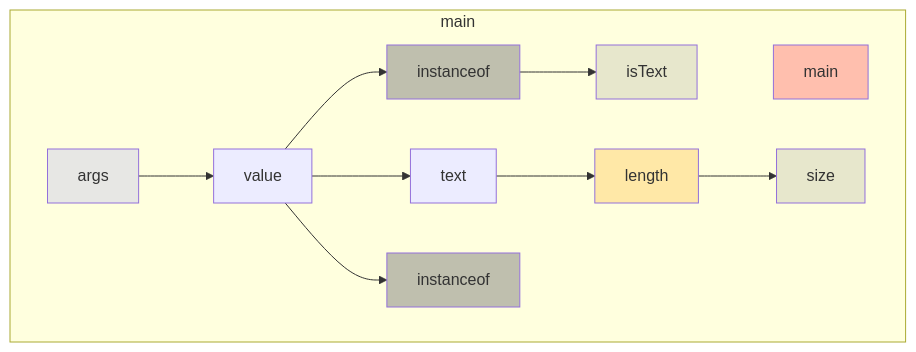
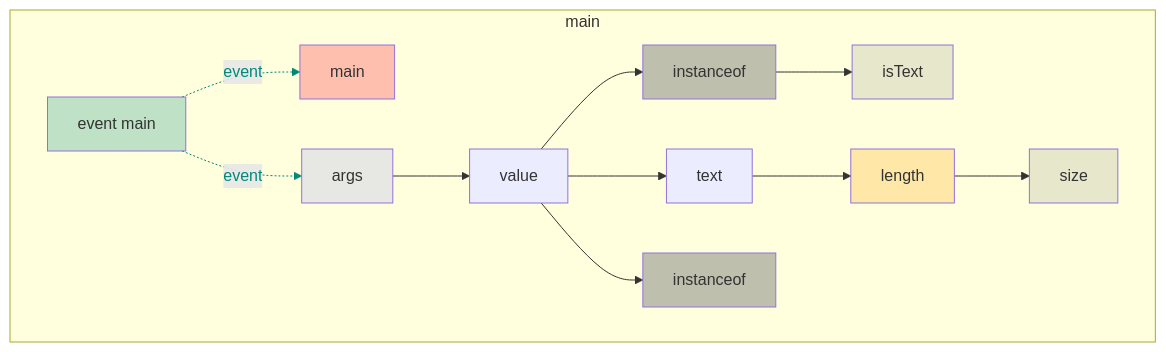
One commit to gstiebler/codeflow changed the diagram in app/src/test/resources/instanceOf/snapshot.md. Above: the diagram before and after it, drawn with Mermaid. The commit also changed 77 other files, not shown here.

````diff
--- a/app/src/test/resources/instanceOf/snapshot.md
+++ b/app/src/test/resources/instanceOf/snapshot.md
@@ -1,28 +1,34 @@
 ```mermaid
 flowchart TD
   subgraph b0["main"]
-    n1[main]:::RETURN
-    n2[args]:::FUNC_PARAM
-    n3[value]:::OBJ_VARIABLE
-    n4[instanceof]:::BIN_OP
-    n5[isText]:::VARIABLE
-    n6[text]:::OBJ_VARIABLE
-    n7[instanceof]:::BIN_OP
-    n8[length]:::EXTERNAL
-    n9[size]:::VARIABLE
-    n2[args]:::FUNC_PARAM --> n3[value]:::OBJ_VARIABLE
-    n3[value]:::OBJ_VARIABLE --> n4[instanceof]:::BIN_OP
-    n3[value]:::OBJ_VARIABLE --> n6[text]:::OBJ_VARIABLE
-    n3[value]:::OBJ_VARIABLE --> n7[instanceof]:::BIN_OP
-    n4[instanceof]:::BIN_OP --> n5[isText]:::VARIABLE
-    n6[text]:::OBJ_VARIABLE --> n8[length]:::EXTERNAL
-    n8[length]:::EXTERNAL --> n9[size]:::VARIABLE
+    n1[event main]:::EVENT
+    n2[main]:::RETURN
+    n3[args]:::FUNC_PARAM
+    n4[value]:::OBJ_VARIABLE
+    n5[instanceof]:::BIN_OP
+    n6[isText]:::VARIABLE
+    n7[text]:::OBJ_VARIABLE
+    n8[instanceof]:::BIN_OP
+    n9[length]:::EXTERNAL
+    n10[size]:::VARIABLE
+    n1[event main]:::EVENT -. event .-> n2[main]:::RETURN
+    n1[event main]:::EVENT -. event .-> n3[args]:::FUNC_PARAM
+    n3[args]:::FUNC_PARAM --> n4[value]:::OBJ_VARIABLE
+    n4[value]:::OBJ_VARIABLE --> n5[instanceof]:::BIN_OP
+    n4[value]:::OBJ_VARIABLE --> n7[text]:::OBJ_VARIABLE
+    n4[value]:::OBJ_VARIABLE --> n8[instanceof]:::BIN_OP
+    n5[instanceof]:::BIN_OP --> n6[isText]:::VARIABLE
+    n7[text]:::OBJ_VARIABLE --> n9[length]:::EXTERNAL
+    n9[length]:::EXTERNAL --> n10[size]:::VARIABLE
   end
+  linkStyle 0 stroke:#00897b,color:#00897b
+  linkStyle 1 stroke:#00897b,color:#00897b
   classDef LITERAL fill:#00FF0030
   classDef VARIABLE fill:#80808030
   classDef BIN_OP fill:#80808080
   classDef FUNC_PARAM fill:#8080FF30
   classDef RETURN fill:#FF808080
   classDef EXTERNAL fill:#FFA50040
   classDef UNMODELLED fill:#FF000030,stroke-dasharray: 4 2
+  classDef EVENT fill:#00897B40
 ```
````
